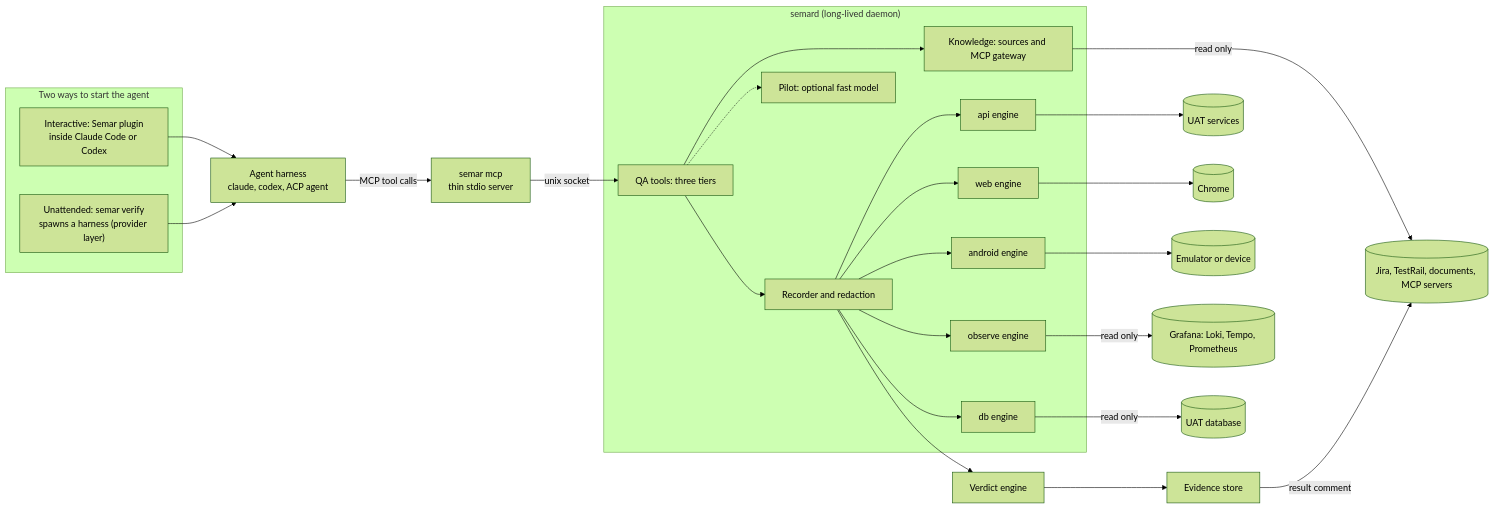
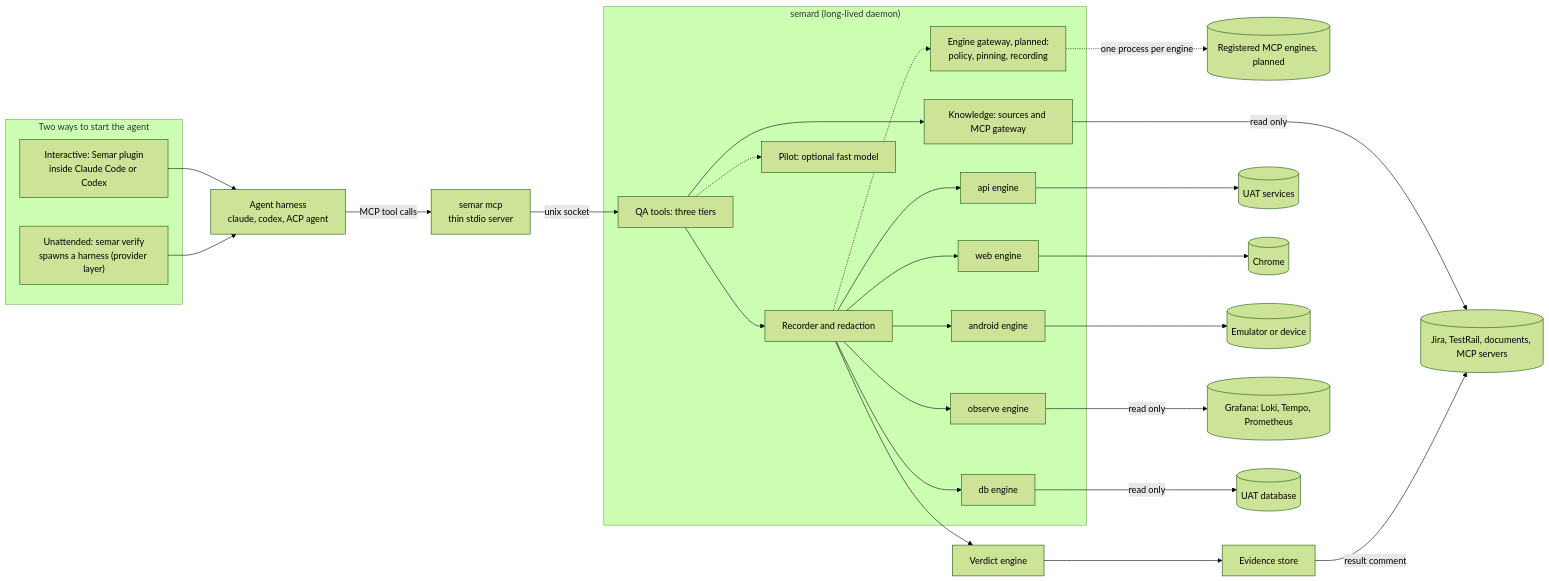
One commit to jancuk/semar changed the diagram in docs/TRD.md. Above: the diagram before and after it, drawn with Mermaid (forest theme). The commit also changed other lines of this file and 1 other file, not shown here.

First line of the commit message:
docs: add the coverage ledger, fixtures, journeys, engine gateway, packs, and interchange

````diff
--- a/docs/TRD.md
+++ b/docs/TRD.md
@@ -41,42 +53,45 @@
 ```mermaid
 flowchart LR
     subgraph entry["Two ways to start the agent"]
         PLUGIN["Interactive: Semar plugin<br/>inside Claude Code or Codex"]
         HEADLESS["Unattended: semar verify<br/>spawns a harness (provider layer)"]
     end
     HARNESS["Agent harness<br/>claude, codex, ACP agent"]
     MCP["semar mcp<br/>thin stdio server"]
     subgraph daemon["semard (long-lived daemon)"]
         TOOLS[QA tools: three tiers]
         REC[Recorder and redaction]
         API[api engine]
         WEB[web engine]
         AND[android engine]
         OBS[observe engine]
         DBE[db engine]
         PILOT[Pilot: optional fast model]
         KB[Knowledge: sources and MCP gateway]
+        GW[Engine gateway, planned:<br/>policy, pinning, recording]
     end
+    EXT[(Registered MCP engines, planned)]
     VER[Verdict engine]
     EV[Evidence store]
     UAT[(UAT services)]
     CHROME[(Chrome)]
     DEVICE[(Emulator or device)]
     GRAF[(Grafana: Loki, Tempo, Prometheus)]
     DB[(UAT database)]
     SRC[(Jira, TestRail, documents, MCP servers)]
 
     PLUGIN --> HARNESS
     HEADLESS --> HARNESS
     HARNESS -- "MCP tool calls" --> MCP -- "unix socket" --> TOOLS
     TOOLS --> REC
     REC --> API --> UAT
     REC --> WEB --> CHROME
     REC --> AND --> DEVICE
     REC --> OBS -- "read only" --> GRAF
     REC --> DBE -- "read only" --> DB
+    REC -.-> GW -. one process per engine .-> EXT
     TOOLS -.-> PILOT
     TOOLS --> KB -- "read only" --> SRC
     EV -- "result comment" --> SRC
     REC --> VER --> EV
 ```
````
